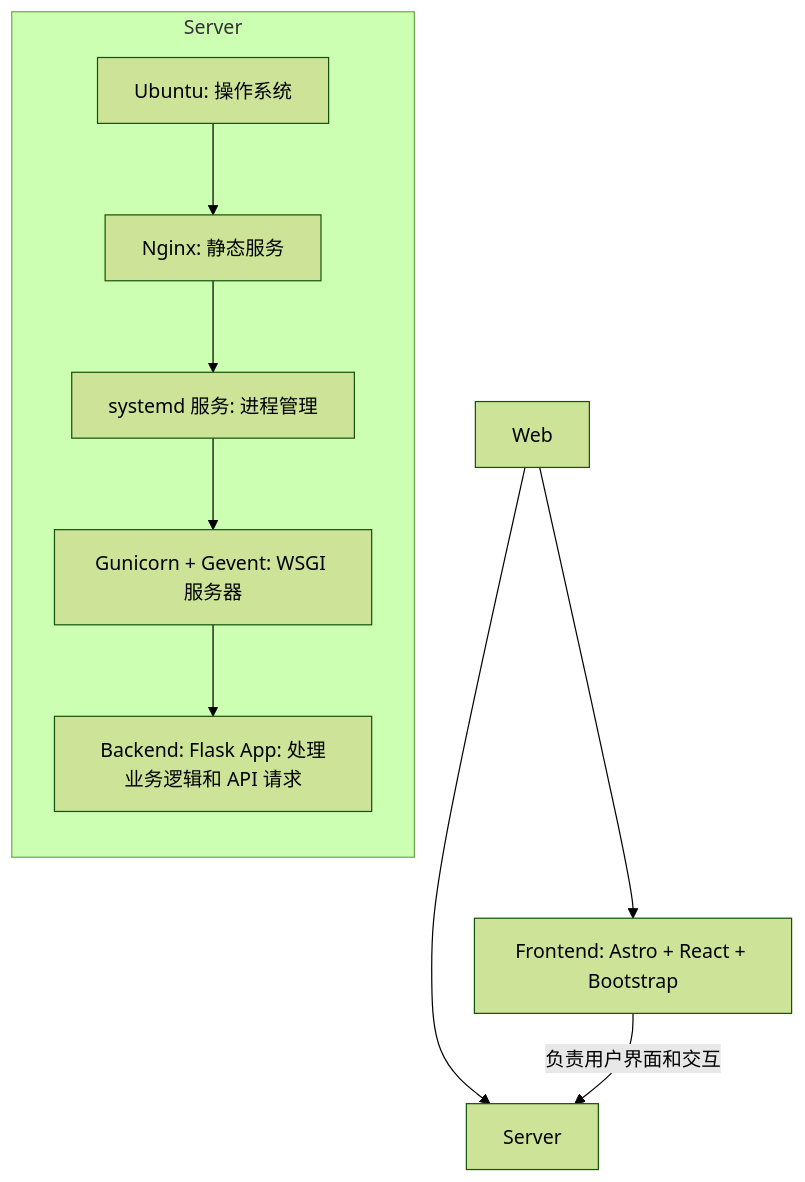
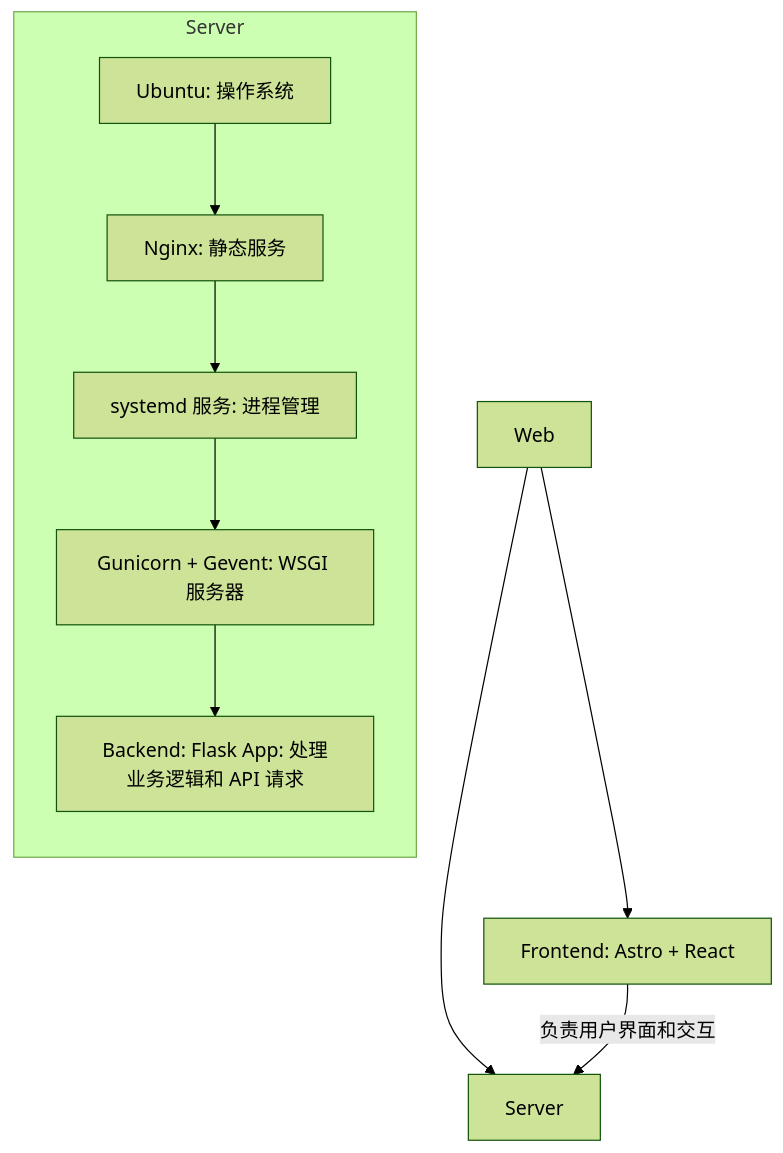
One commit to RendaZhang/rendazhang changed the first of 2 diagrams in public/README.md. Above: the diagram before and after it, drawn with Mermaid (forest theme). The commit also changed other lines of this file and 6 other files, not shown here.

````diff
--- a/public/README.md
+++ b/public/README.md
@@ -105,14 +105,14 @@
 ```mermaid
 flowchart TD
-    A[Web] --> B[Frontend: Astro + React + Bootstrap]
+    A[Web] --> B[Frontend: Astro + React]
     A --> C[Server]
     B -->|负责用户界面和交互| C
 
     subgraph Server
         direction TB
         D[Ubuntu: 操作系统] --> E[Nginx: 静态服务]
         E --> F[systemd 服务: 进程管理]
         F --> G[Gunicorn + Gevent: WSGI 服务器]
         G --> H[Backend: Flask App: 处理业务逻辑和 API 请求]
     end
 ```
````
